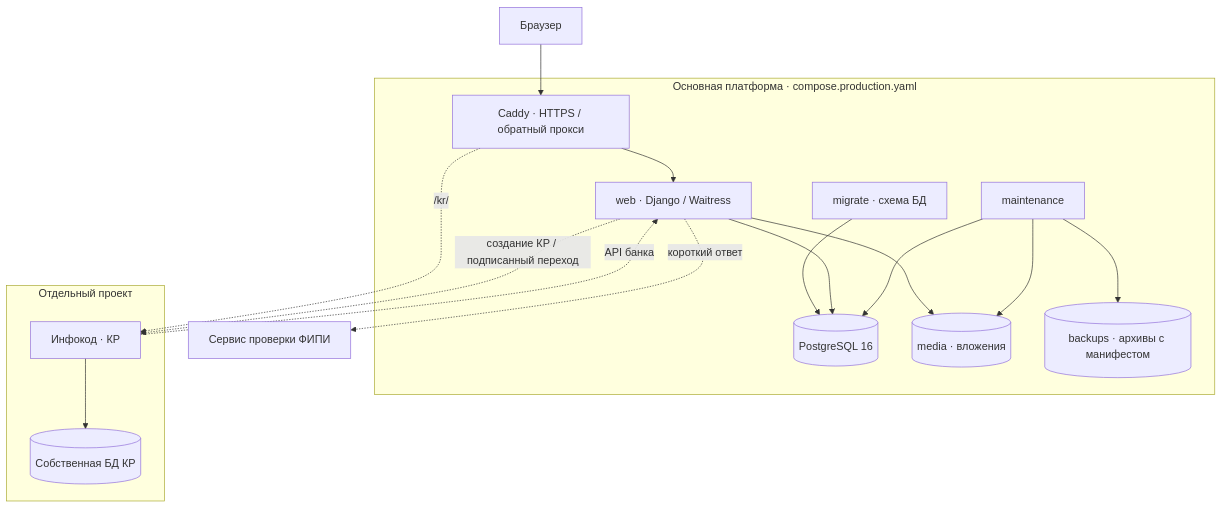
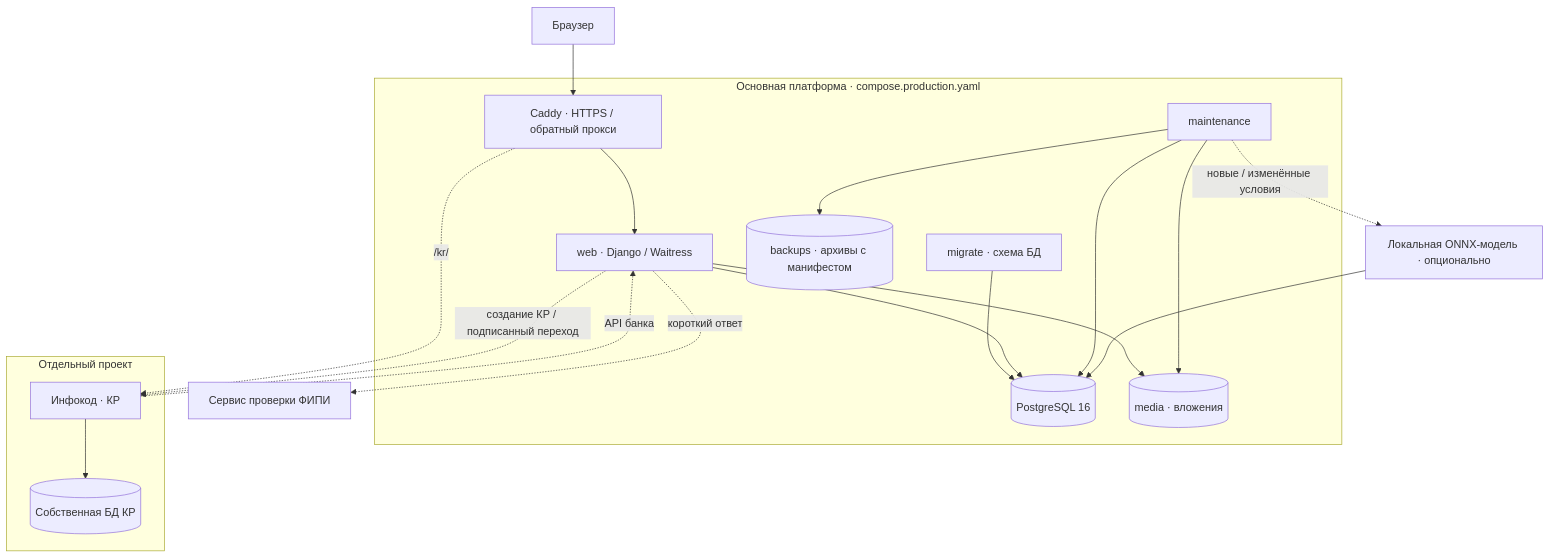
The first of 3 diagrams in docs/ARCHITECTURE.md (MrFerrumL/infocode), drawn with Mermaid before and after one commit. The commit also changed other lines of this file and 2 other files, not shown here.

````diff
--- a/docs/ARCHITECTURE.md
+++ b/docs/ARCHITECTURE.md
@@ -9,20 +9,22 @@
 ```mermaid
 flowchart TB
     Browser["Браузер"] --> Caddy["Caddy · HTTPS / обратный прокси"]
     subgraph Core["Основная платформа · compose.production.yaml"]
       Caddy --> Web["web · Django / Waitress"]
       Migrate["migrate · схема БД"] --> DB[("PostgreSQL 16")]
       Web --> DB
       Web --> Media[("media · вложения")]
       Worker["maintenance"] --> DB
       Worker --> Media
       Worker --> Backups[("backups · архивы с манифестом")]
     end
     Web -. "короткий ответ" .-> FIPI["Сервис проверки ФИПИ"]
+    Worker -. "новые / изменённые условия" .-> Embeddings["Локальная ONNX-модель · опционально"]
+    Embeddings --> DB
     subgraph External["Отдельный проект"]
       KR["Инфокод · КР"] --> KRDB[("Собственная БД КР")]
     end
     Caddy -. "/kr/" .-> KR
     KR -. "API банка" .-> Web
     Web -. "создание КР / подписанный переход" .-> KR
 ```
````
